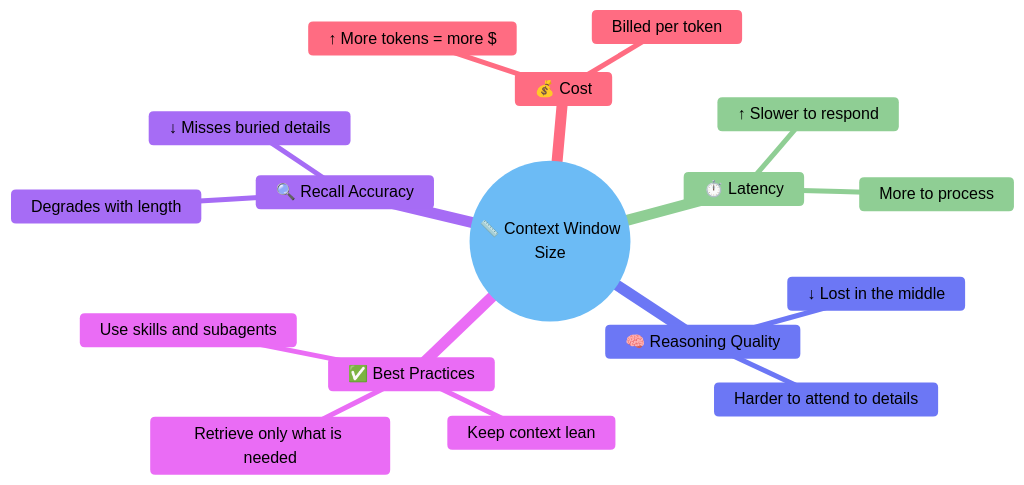
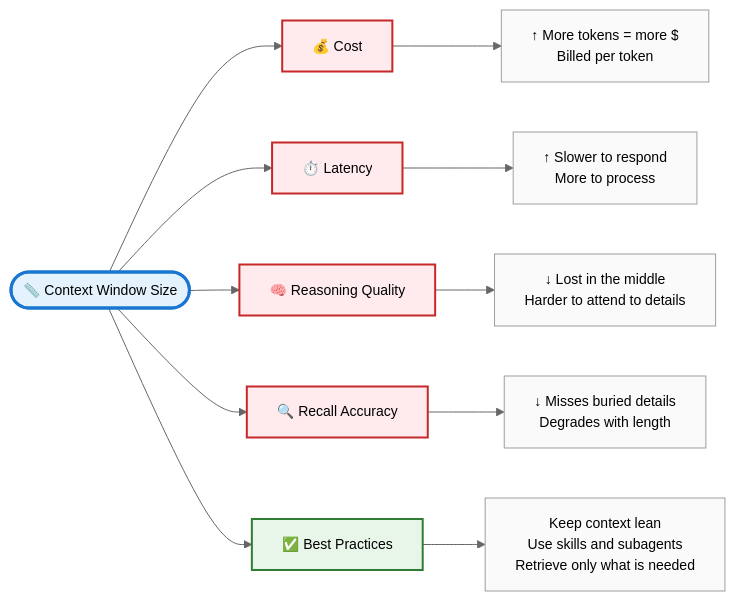
The first of 6 diagrams in tools.qmd (mjfrigaard/shiny-app-pkgs), drawn with Mermaid before and after one commit. The commit also changed other lines of this file and 20 other files, not shown here.

````diff
--- a/tools.qmd
+++ b/tools.qmd
@@ -200,25 +200,37 @@
 ```{mermaid}
 %%| fig-cap: 'Agents vs. Chatbots'
 %%| fig-align: center
-%%{init: {'theme': 'base', 'themeVariables': {'primaryColor': '#e3f2fd', 'primaryBorderColor': '#1976d2', 'primaryTextColor': '#000000', 'secondaryColor': '#ffebee', 'secondaryBorderColor': '#c62828', 'tertiaryColor': '#e8f5e9', 'tertiaryBorderColor': '#2e7d32'}}}%%
+%%{init: {'theme': 'neutral', 'themeVariables': { 'fontFamily': 'monospace', "fontSize":"14px"}}}%%
 
-mindmap
-  root(("📏 Context Window<br>Size"))
-    💰 Cost
-      ↑ More tokens = more $
-      Billed per token
-    ⏱️ Latency
-      ↑ Slower to respond
-      More to process
-    🧠 Reasoning Quality
-      ↓ Lost in the middle
-      Harder to attend to details
-    🔍 Recall Accuracy
-      ↓ Misses buried details
-      Degrades with length
-    ✅ Best Practices
-      Keep context lean
-      Use skills and subagents
-      Retrieve only what is needed
+flowchart LR
+    ContextWindow(["📏 Context Window Size"])
+    
+    Cost["💰 Cost"]
+    Latency["⏱️ Latency"]
+    Reasoning["🧠 Reasoning Quality"]
+    Recall["🔍 Recall Accuracy"]
+    BestPractices["✅ Best Practices"]
+    
+    CostDetail["↑ More tokens = more $<br/>Billed per token"]
+    LatencyDetail["↑ Slower to respond<br/>More to process"]
+    ReasoningDetail["↓ Lost in the middle<br/>Harder to attend to details"]
+    RecallDetail["↓ Misses buried details<br/>Degrades with length"]
+    PracticesDetail["Keep context lean<br/>Use skills and subagents<br/>Retrieve only what is needed"]
+    
+    ContextWindow --> Cost --> CostDetail
+    ContextWindow --> Latency --> LatencyDetail
+    ContextWindow --> Reasoning --> ReasoningDetail
+    ContextWindow --> Recall --> RecallDetail
+    ContextWindow --> BestPractices --> PracticesDetail
+    
+    classDef root fill:#e3f2fd,stroke:#1976d2,stroke-width:3px,color:#000
+    classDef negative fill:#ffebee,stroke:#c62828,stroke-width:2px,color:#000
+    classDef positive fill:#e8f5e9,stroke:#2e7d32,stroke-width:2px,color:#000
+    classDef detail fill:#fafafa,stroke:#9e9e9e,stroke-width:1px,color:#000
+    
+    class ContextWindow root
+    class Cost,Latency,Reasoning,Recall negative
+    class BestPractices positive
+    class CostDetail,LatencyDetail,ReasoningDetail,RecallDetail,PracticesDetail detail
     
 ```
````
